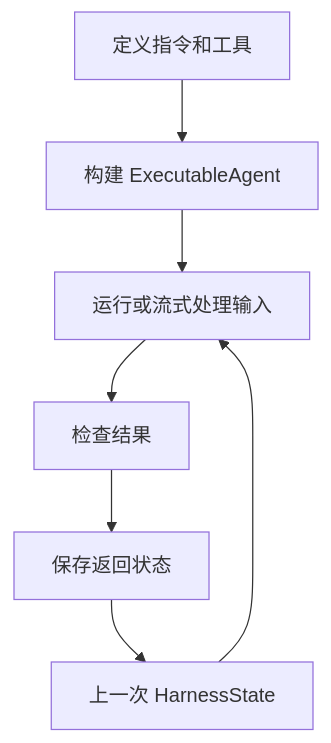
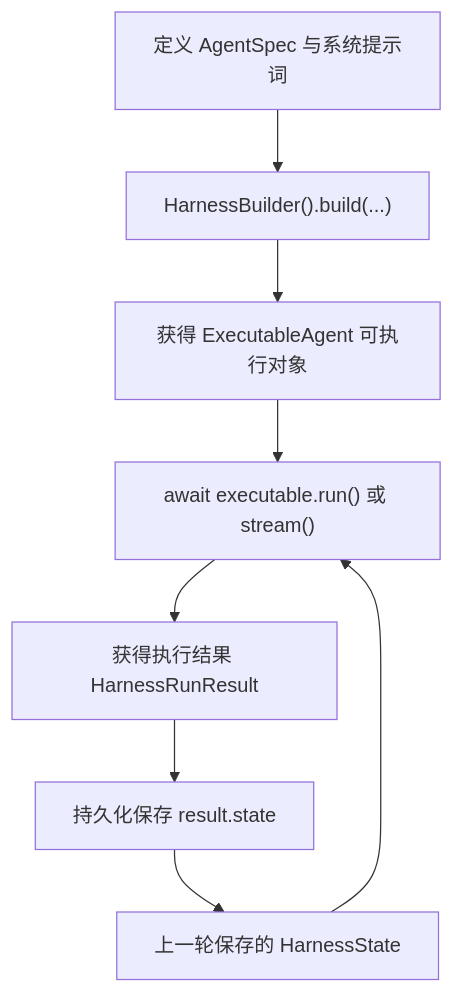
Before and after one commit to converge-ai-labs/agent-foundation: the diagram in docs/a13n-harness/index.zh-CN.md, drawn with Mermaid. The commit also changed other lines of this file and 39 other files, not shown here.

````diff
--- a/docs/a13n-harness/index.zh-CN.md
+++ b/docs/a13n-harness/index.zh-CN.md
@@ -24,13 +24,14 @@
 ```mermaid
 flowchart TB
-    Spec["定义指令和工具"] --> Build["构建 ExecutableAgent"]
-    Build --> Run["运行或流式处理输入"]
-    State["上一次 HarnessState"] --> Run
-    Run --> Result["检查结果"]
-    Result --> Save["保存返回状态"]
-    Save --> State
+    Spec["定义 AgentSpec 与系统提示词"] --> Build["HarnessBuilder().build(...)"]
+    Build --> Exec["获得 ExecutableAgent 可执行对象"]
+    Exec --> Run["await executable.run() 或 stream()"]
+    State["上一轮保存的 HarnessState"] --> Run
+    Run --> Result["获得执行结果 HarnessRunResult"]
+    Result --> Extract["持久化保存 result.state"]
+    Extract --> State
 
-    class Spec,Build,Run a13n
-    class State,Save store
+    class Spec,Build,Exec,Run a13n
+    class State,Extract store
     class Result success
 ```
````
